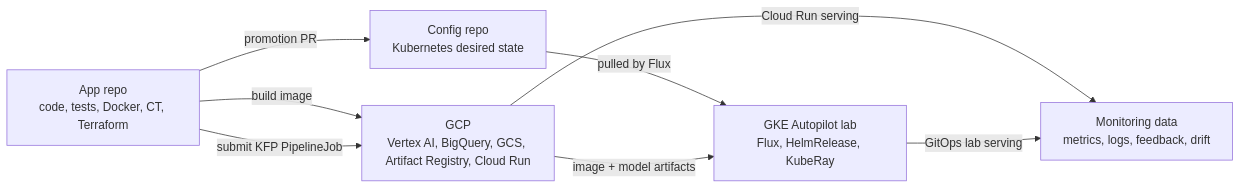
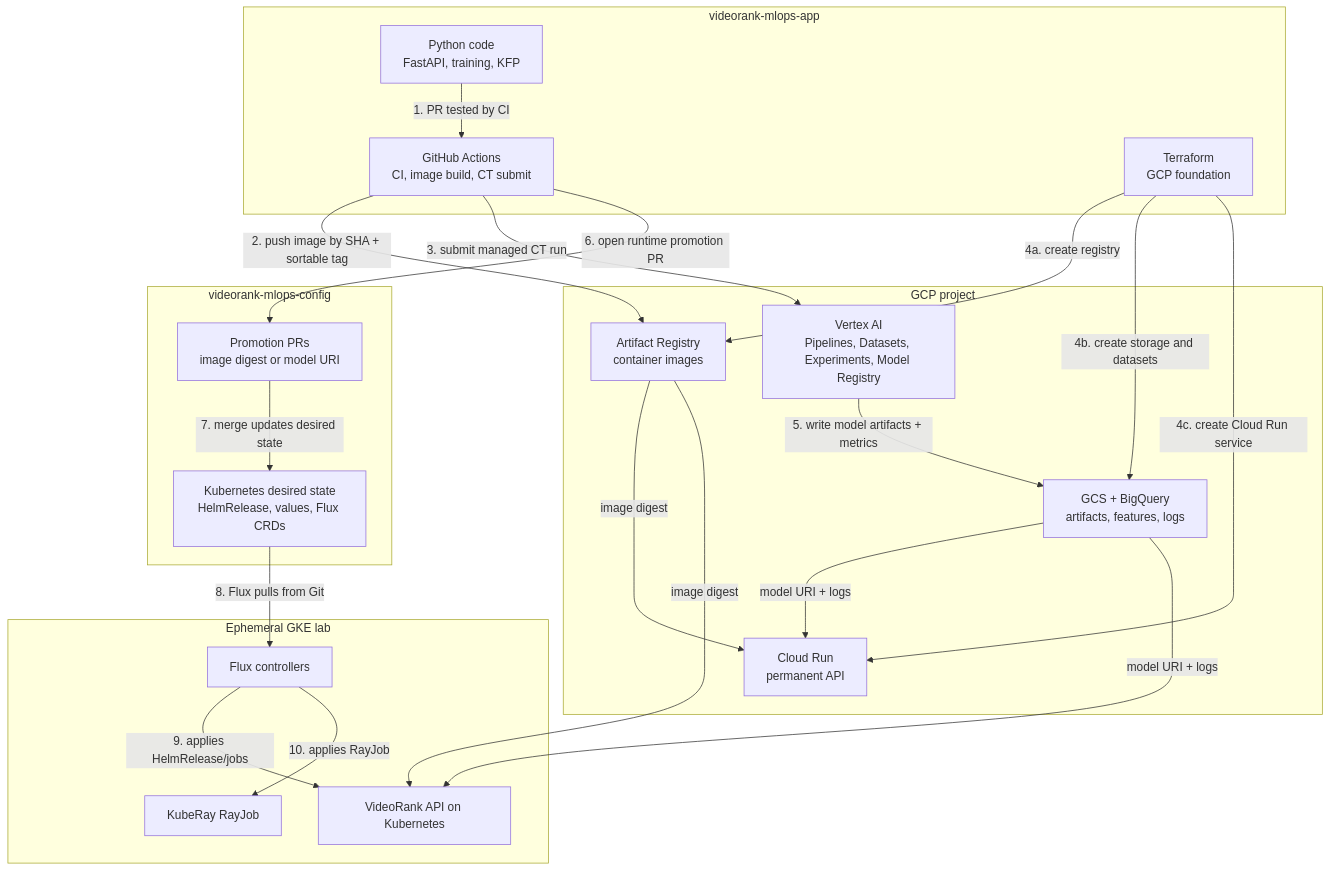
The first of 8 diagrams in docs/architecture.md (werpo78/videorank-mlops-app), drawn with Mermaid before and after one commit. The commit also changed other lines of this file, not shown here.

Commit message:
Clarify architecture diagrams

````diff
--- a/docs/architecture.md
+++ b/docs/architecture.md
@@ -20,16 +20,43 @@
 ```mermaid
-flowchart LR
-    AppRepo["App repo<br/>code, tests, Docker, CT, Terraform"]
-    ConfigRepo["Config repo<br/>Kubernetes desired state"]
-    GCP["GCP<br/>Vertex AI, BigQuery, GCS, Artifact Registry, Cloud Run"]
-    GKE["GKE Autopilot lab<br/>Flux, HelmRelease, KubeRay"]
-    Observability["Monitoring data<br/>metrics, logs, feedback, drift"]
+flowchart TB
+    subgraph App["videorank-mlops-app"]
+        Code["Python code<br/>FastAPI, training, KFP"]
+        CI["GitHub Actions<br/>CI, image build, CT submit"]
+        TF["Terraform<br/>GCP foundation"]
+    end
 
-    AppRepo -->|build image| GCP
-    AppRepo -->|submit KFP PipelineJob| GCP
-    AppRepo -->|promotion PR| ConfigRepo
-    ConfigRepo -->|pulled by Flux| GKE
-    GCP -->|image + model artifacts| GKE
-    GCP -->|Cloud Run serving| Observability
-    GKE -->|GitOps lab serving| Observability
+    subgraph GCP["GCP project"]
+        AR["Artifact Registry<br/>container images"]
+        Vertex["Vertex AI<br/>Pipelines, Datasets, Experiments, Model Registry"]
+        Storage["GCS + BigQuery<br/>artifacts, features, logs"]
+        Run["Cloud Run<br/>permanent API"]
+    end
+
+    subgraph Config["videorank-mlops-config"]
+        Desired["Kubernetes desired state<br/>HelmRelease, values, Flux CRDs"]
+        PromoPR["Promotion PRs<br/>image digest or model URI"]
+    end
+
+    subgraph GKE["Ephemeral GKE lab"]
+        Flux["Flux controllers"]
+        ApiPod["VideoRank API on Kubernetes"]
+        Ray["KubeRay RayJob"]
+    end
+
+    Code -->|"1. PR tested by CI"| CI
+    CI -->|"2. push image by SHA + sortable tag"| AR
+    CI -->|"3. submit managed CT run"| Vertex
+    TF -->|"4a. create registry"| AR
+    TF -->|"4b. create storage and datasets"| Storage
+    TF -->|"4c. create Cloud Run service"| Run
+    Vertex -->|"5. write model artifacts + metrics"| Storage
+    CI -->|"6. open runtime promotion PR"| PromoPR
+    PromoPR -->|"7. merge updates desired state"| Desired
+    Desired -->|"8. Flux pulls from Git"| Flux
+    Flux -->|"9. applies HelmRelease/jobs"| ApiPod
+    Flux -->|"10. applies RayJob"| Ray
+    AR -->|"image digest"| Run
+    AR -->|"image digest"| ApiPod
+    Storage -->|"model URI + logs"| Run
+    Storage -->|"model URI + logs"| ApiPod
 ```
````
